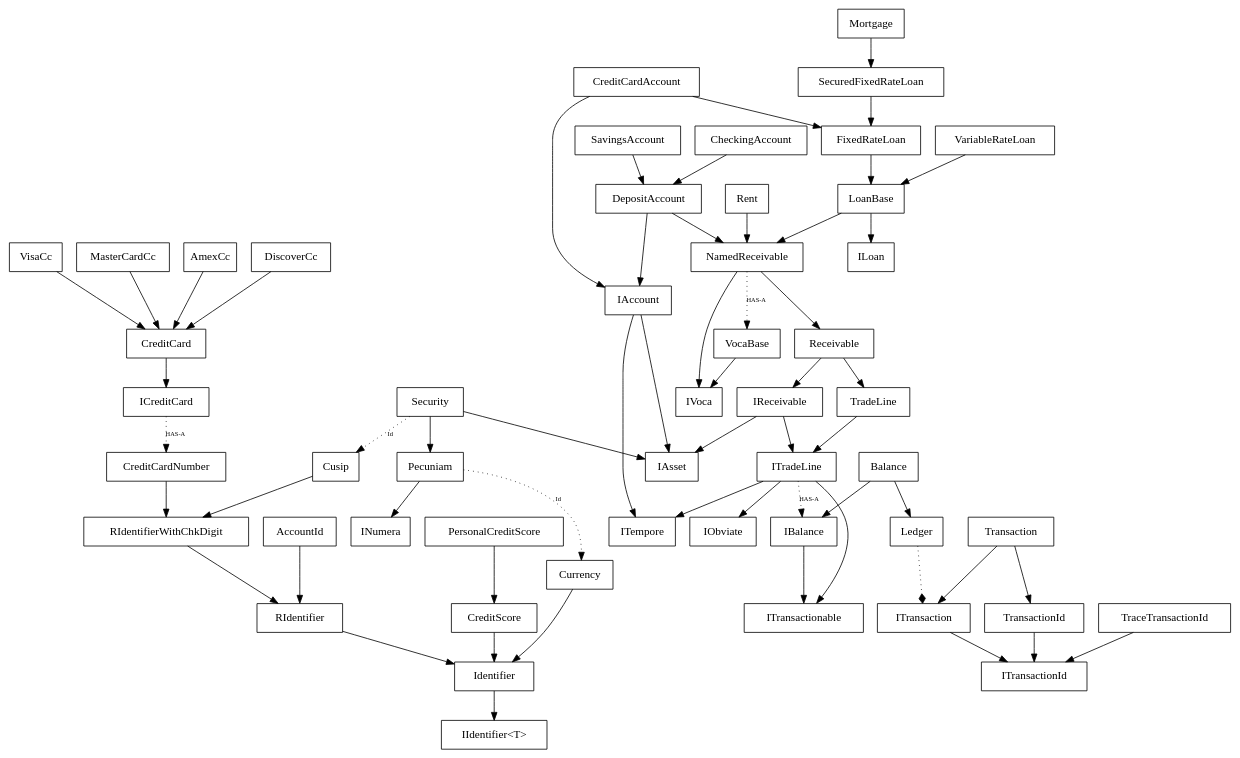
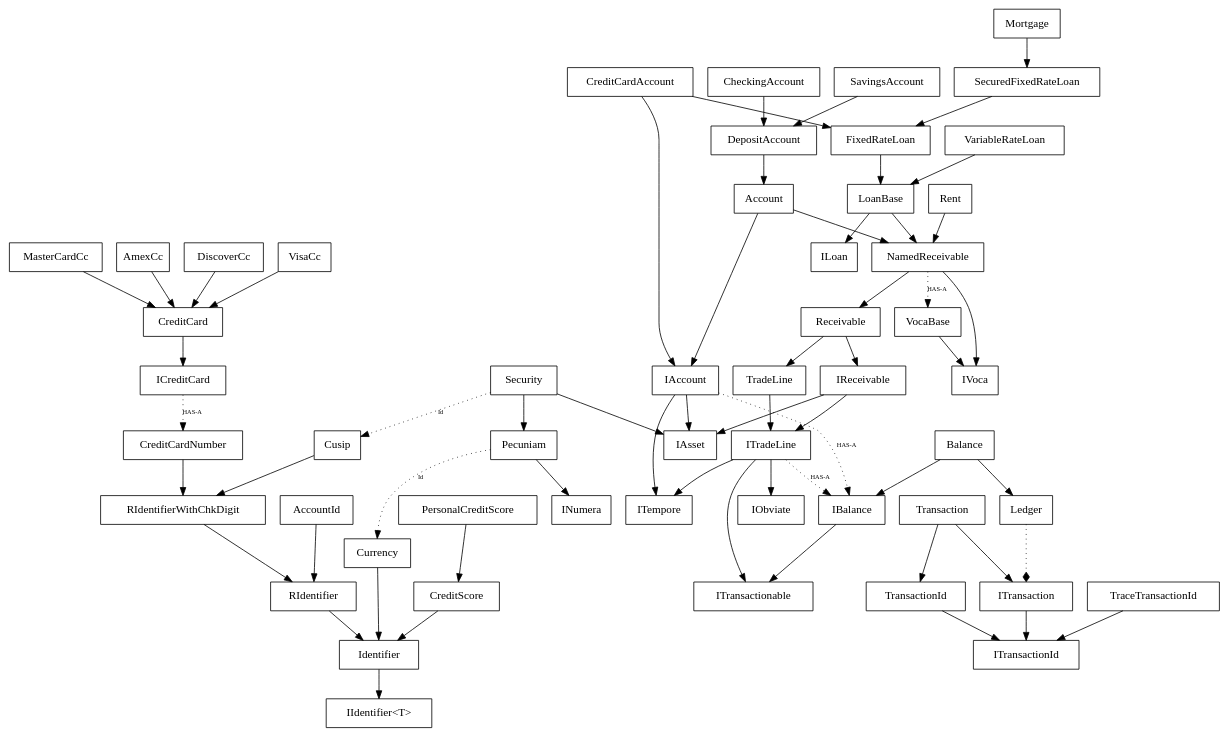
Before and after one commit to nofuture-git/31g: the diagram in trunk/Code/NoFuture/Rand/Sp/__ClassDiagram.gv, drawn with Graphviz. The commit also changed 1 other file, not shown here.

Commit message:
updated the Rand.Sp class diagram

```diff
--- a/trunk/Code/NoFuture/Rand/Sp/__ClassDiagram.gv
+++ b/trunk/Code/NoFuture/Rand/Sp/__ClassDiagram.gv
@@ -1,63 +1,65 @@
 digraph noFutureRandDataSp {
     node [fontname=Consolas, shape=box]
     
     StringId [label="IIdentifier<T>"]
     
     Mortgage -> SecuredFixedRateLoan
     SecuredFixedRateLoan -> FixedRateLoan
     CreditCardAccount -> FixedRateLoan
     CreditCardAccount -> IAccount
     FixedRateLoan -> LoanBase
     LoanBase -> NamedReceivable
     Rent -> NamedReceivable
     CheckingAccount -> DepositAccount
     SavingsAccount -> DepositAccount
-    DepositAccount -> NamedReceivable
-    DepositAccount -> IAccount
+    Account -> NamedReceivable
+    Account -> IAccount
+    DepositAccount -> Account
     Receivable -> IReceivable
     Receivable -> TradeLine
     IReceivable -> ITradeLine
     IReceivable -> IAsset
     VocaBase -> IVoca
     LoanBase -> ILoan
     TradeLine -> ITradeLine
     ITradeLine -> ITempore
     ITradeLine -> ITransactionable
     ITradeLine -> IObviate
     IAccount -> IAsset
+    IAccount -> IBalance [style="dotted" label="HAS-A",fontname=Consolas, fontsize=8]
     IAccount -> ITempore
     NamedReceivable -> Receivable
     NamedReceivable -> IVoca
     ITradeLine -> IBalance [style="dotted" label="HAS-A",fontname=Consolas, fontsize=8]
     Balance -> IBalance
     Balance -> Ledger
     VariableRateLoan -> LoanBase
     Security -> IAsset
     Security -> Pecuniam
     Security -> Cusip [style="dotted", label="Id",fontname=Consolas, fontsize=8]
     Cusip -> RIdentifierWithChkDigit
     RIdentifierWithChkDigit -> RIdentifier
     RIdentifier -> Identifier
     Pecuniam -> Currency [style="dotted", label="Id",fontname=Consolas, fontsize=8]
     Currency -> Identifier
     Pecuniam -> INumera
     CreditScore -> Identifier
     PersonalCreditScore -> CreditScore
     CreditCardNumber -> RIdentifierWithChkDigit
     VisaCc -> CreditCard
     MasterCardCc -> CreditCard
     AmexCc -> CreditCard
     DiscoverCc -> CreditCard
     CreditCard -> ICreditCard
     ICreditCard -> CreditCardNumber [style="dotted" label="HAS-A",fontname=Consolas, fontsize=8]
     Identifier -> StringId
     IBalance -> ITransactionable
     AccountId -> RIdentifier
     Ledger -> ITransaction [style="dotted" arrowhead="diamond"]
     Transaction -> ITransaction
     Transaction -> TransactionId
     ITransaction -> ITransactionId
     TransactionId -> ITransactionId
     TraceTransactionId -> ITransactionId
     NamedReceivable -> VocaBase [style="dotted" label="HAS-A",fontname=Consolas, fontsize=8]
 }
```
